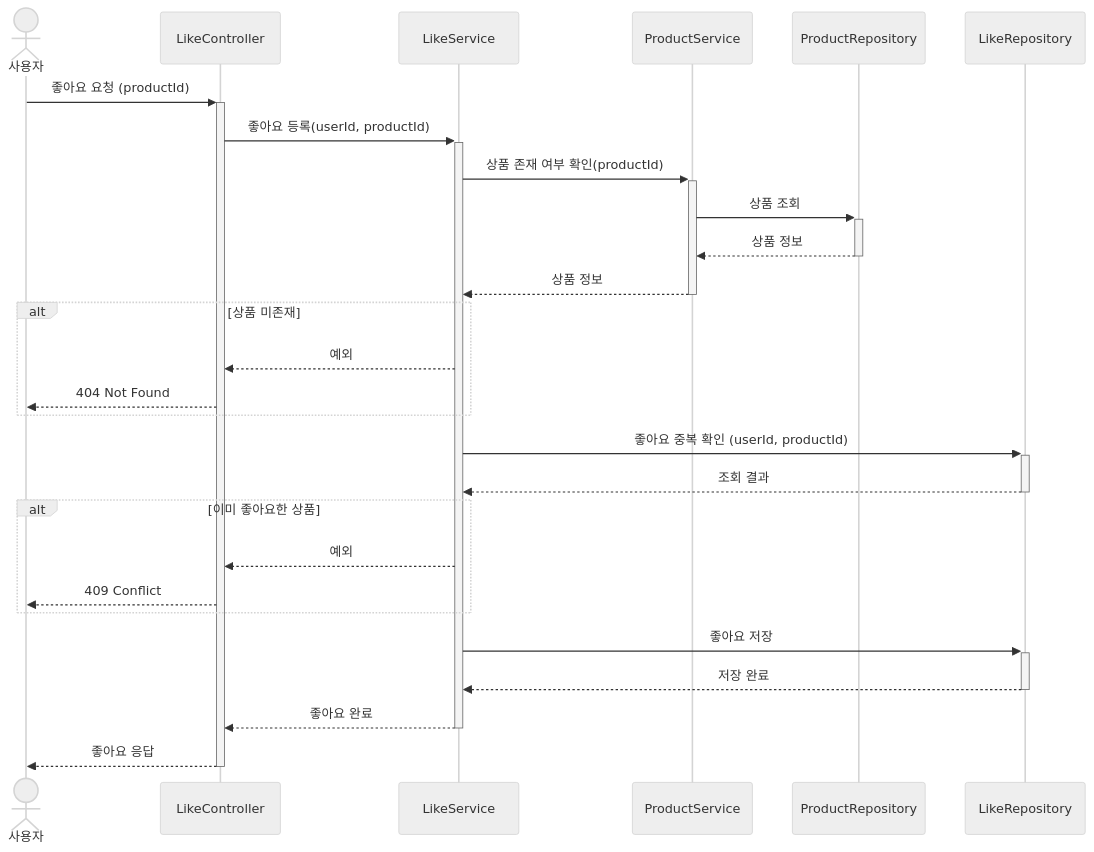
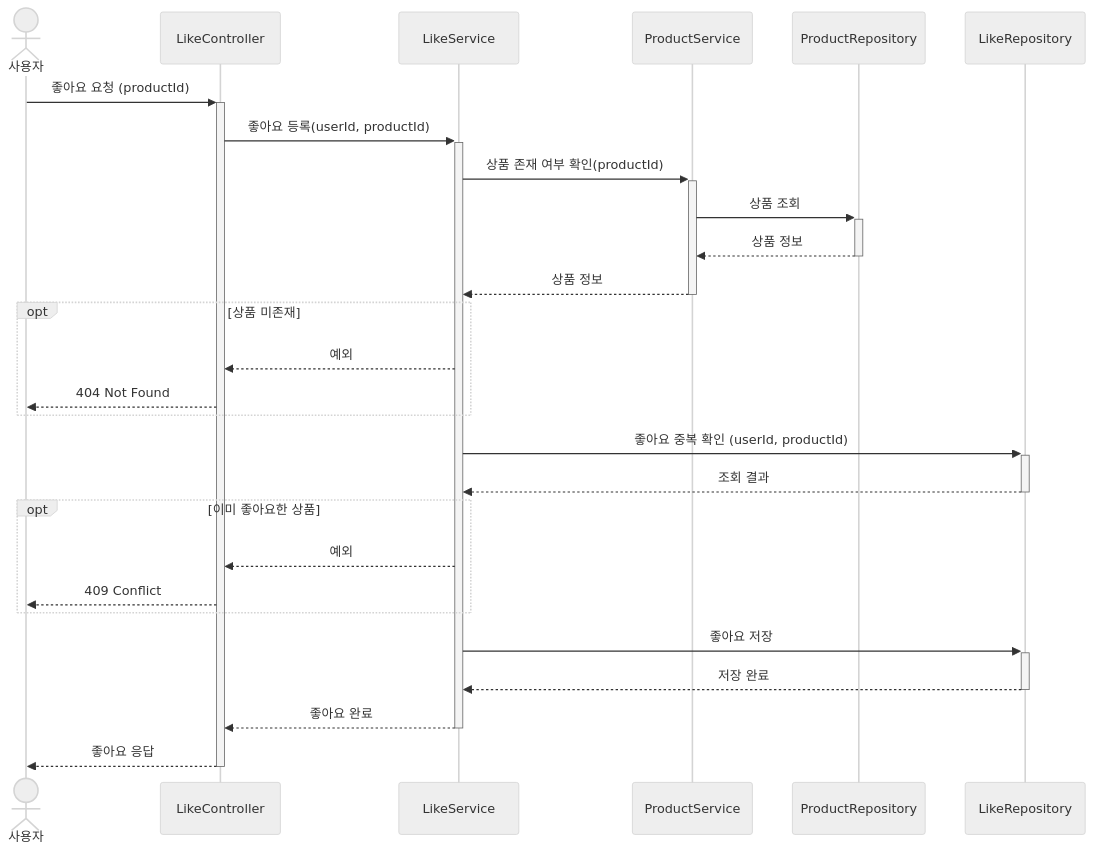
Before and after one commit to kimjunyoung90/loop-pack-be-l2-vol3-java: diagram 15 of 23 in docs/design/02-sequence-diagrams.md, drawn with Mermaid (neutral theme). The commit also changed other lines of this file, not shown here.

````diff
--- a/docs/design/02-sequence-diagrams.md
+++ b/docs/design/02-sequence-diagrams.md
@@ -477,34 +477,34 @@
 ```mermaid
 sequenceDiagram
     actor User as 사용자
     participant LC as LikeController
     participant LS as LikeService
     participant PS as ProductService
     participant PR as ProductRepository
     participant LR as LikeRepository
 
     User->>+LC: 좋아요 요청 (productId)
     LC->>+LS: 좋아요 등록(userId, productId)
     LS->>+PS: 상품 존재 여부 확인(productId)
     PS->>+PR: 상품 조회
     PR-->>-PS: 상품 정보
     PS-->>-LS: 상품 정보
 
-    alt 상품 미존재
+    opt 상품 미존재
         LS-->>LC: 예외
         LC-->>User: 404 Not Found
     end
 
     LS->>+LR: 좋아요 중복 확인 (userId, productId)
     LR-->>-LS: 조회 결과
 
-    alt 이미 좋아요한 상품
+    opt 이미 좋아요한 상품
         LS-->>LC: 예외
         LC-->>User: 409 Conflict
     end
 
     LS->>+LR: 좋아요 저장
     LR-->>-LS: 저장 완료
     LS-->>-LC: 좋아요 완료
     LC-->>-User: 좋아요 응답
 ```
````
